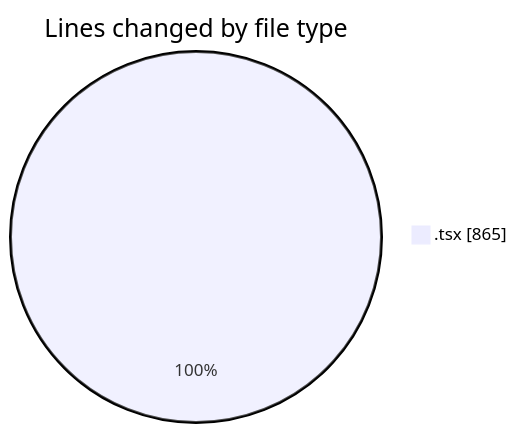
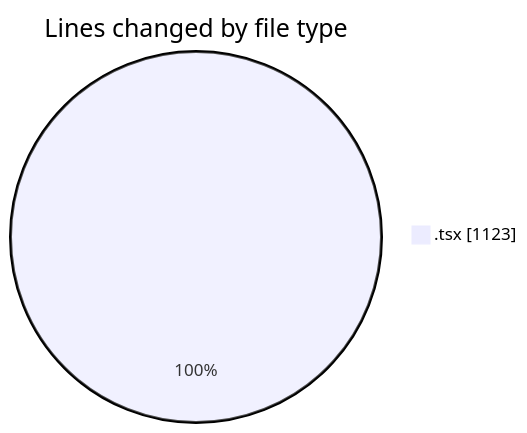
The first of 2 diagrams in 2025-05-07/niten/README.md (Elitesun/code-tracking), drawn with Mermaid before and after one commit. The commit also changed other lines of this file and 1 other file, not shown here.

````diff
--- a/2025-05-07/niten/README.md
+++ b/2025-05-07/niten/README.md
@@ -32,5 +32,5 @@
 ```mermaid
 pie showData
 title Lines changed by file type
-".tsx" : 865
+".tsx" : 1123
 ```
````
